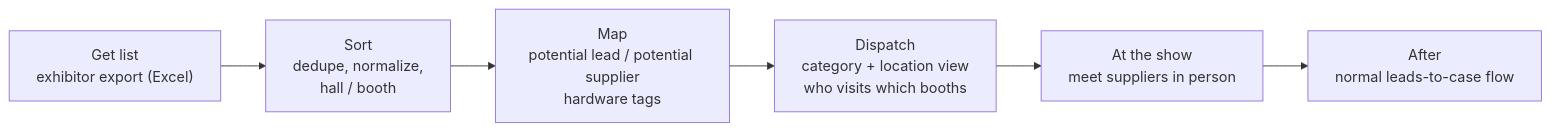
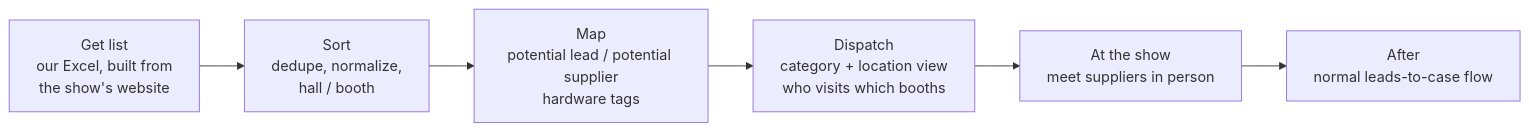
Before and after one commit to dayovartan/lead-pipeline-dashboard: the diagram in docs/EXHIBITION_MAPPING_PLAN.md, drawn with Mermaid. The commit also changed other lines of this file and 1 other file, not shown here.

````diff
--- a/docs/EXHIBITION_MAPPING_PLAN.md
+++ b/docs/EXHIBITION_MAPPING_PLAN.md
@@ -19,8 +19,8 @@
 ```mermaid
 flowchart LR
-  A["Get list<br/>exhibitor export (Excel)"] --> B["Sort<br/>dedupe, normalize,<br/>hall / booth"]
+  A["Get list<br/>our Excel, built from<br/>the show's website"] --> B["Sort<br/>dedupe, normalize,<br/>hall / booth"]
   B --> C["Map<br/>potential lead / potential supplier<br/>hardware tags"]
   C --> D["Dispatch<br/>category + location view<br/>who visits which booths"]
   D --> E["At the show<br/>meet suppliers in person"]
   E --> F["After<br/>normal leads-to-case flow"]
 ```
````
